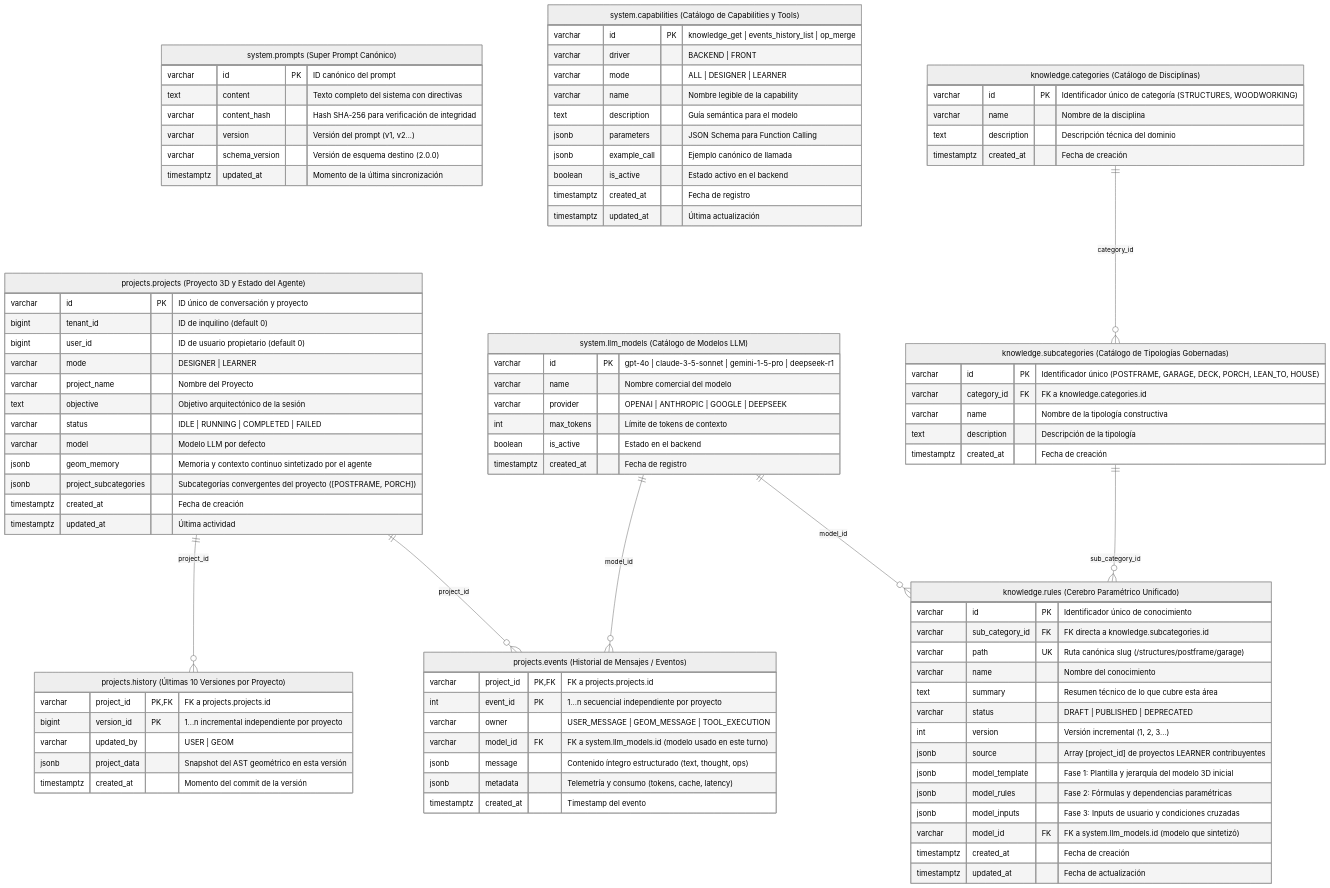
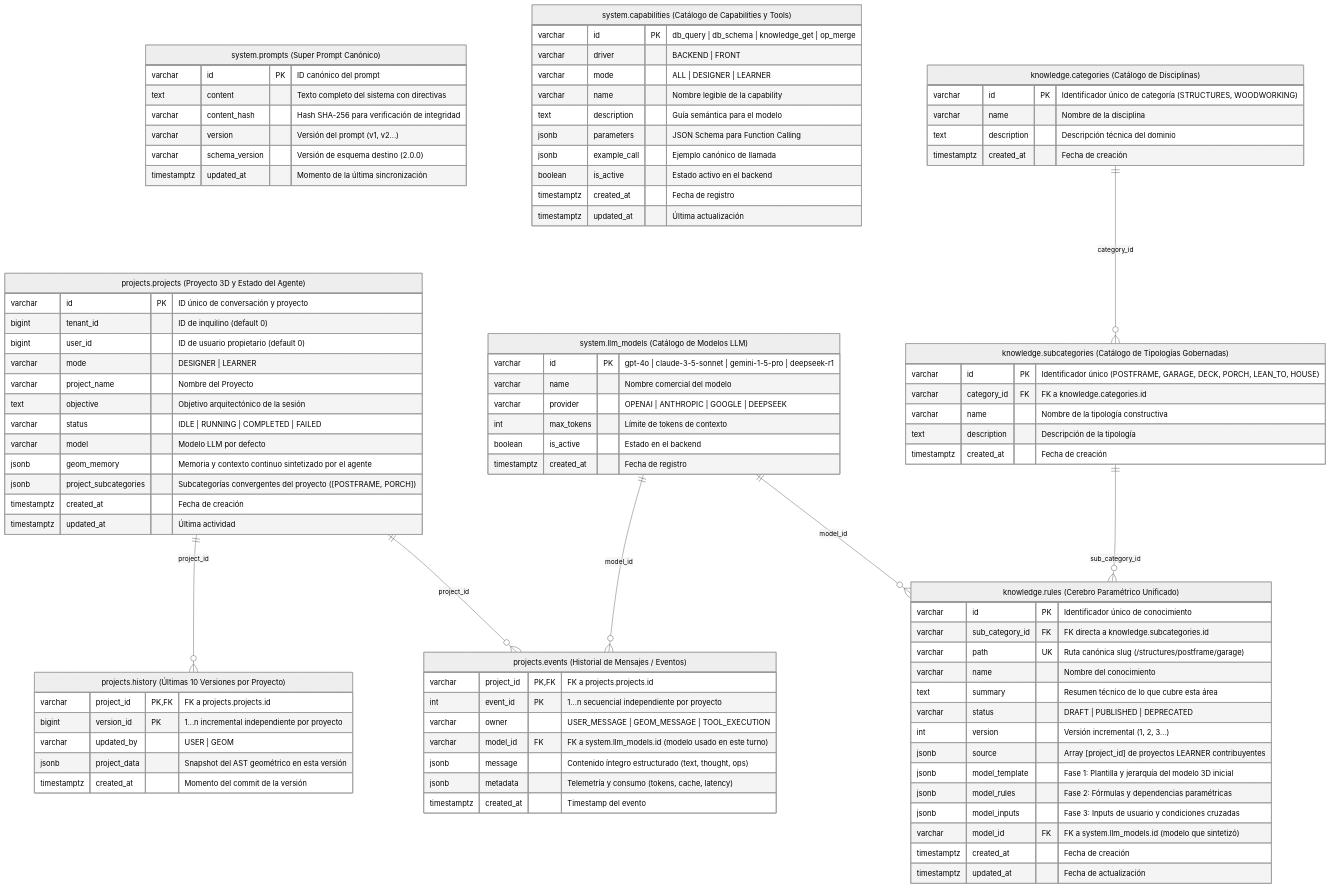
The diagram in diagrams/geom_copilot_db.mmd (reyss81/der-viewer), drawn with Mermaid (neutral theme) before and after one commit.

Commit message:
feat(capabilities): include db_query and db_schema in system.capabilities DER

```diff
--- a/diagrams/geom_copilot_db.mmd
+++ b/diagrams/geom_copilot_db.mmd
@@ -1,103 +1,103 @@
 erDiagram
     projects_projects["projects.projects (Proyecto 3D y Estado del Agente)"] {
         varchar id PK "ID único de conversación y proyecto"
         bigint tenant_id "ID de inquilino (default 0)"
         bigint user_id "ID de usuario propietario (default 0)"
         varchar mode "DESIGNER | LEARNER"
         varchar project_name "Nombre del Proyecto"
         text objective "Objetivo arquitectónico de la sesión"
         varchar status "IDLE | RUNNING | COMPLETED | FAILED"
         varchar model "Modelo LLM por defecto"
         jsonb geom_memory "Memoria y contexto continuo sintetizado por el agente"
         jsonb project_subcategories "Subcategorías convergentes del proyecto ([POSTFRAME, PORCH])"
         timestamptz created_at "Fecha de creación"
         timestamptz updated_at "Última actividad"
     }
 
     projects_history["projects.history (Últimas 10 Versiones por Proyecto)"] {
         varchar project_id PK,FK "FK a projects.projects.id"
         bigint version_id PK "1...n incremental independiente por proyecto"
         varchar updated_by "USER | GEOM"
         jsonb project_data "Snapshot del AST geométrico en esta versión"
         timestamptz created_at "Momento del commit de la versión"
     }
 
     projects_events["projects.events (Historial de Mensajes / Eventos)"] {
         varchar project_id PK,FK "FK a projects.projects.id"
         int event_id PK "1...n secuencial independiente por proyecto"
         varchar owner "USER_MESSAGE | GEOM_MESSAGE | TOOL_EXECUTION"
         varchar model_id FK "FK a system.llm_models.id (modelo usado en este turno)"
         jsonb message "Contenido íntegro estructurado (text, thought, ops)"
         jsonb metadata "Telemetría y consumo (tokens, cache, latency)"
         timestamptz created_at "Timestamp del evento"
     }
 
     system_llm_models["system.llm_models (Catálogo de Modelos LLM)"] {
         varchar id PK "gpt-4o | claude-3-5-sonnet | gemini-1-5-pro | deepseek-r1"
         varchar name "Nombre comercial del modelo"
         varchar provider "OPENAI | ANTHROPIC | GOOGLE | DEEPSEEK"
         int max_tokens "Límite de tokens de contexto"
         boolean is_active "Estado en el backend"
         timestamptz created_at "Fecha de registro"
     }
 
     system_prompts["system.prompts (Super Prompt Canónico)"] {
         varchar id PK "ID canónico del prompt"
         text content "Texto completo del sistema con directivas"
         varchar content_hash "Hash SHA-256 para verificación de integridad"
         varchar version "Versión del prompt (v1, v2...)"
         varchar schema_version "Versión de esquema destino (2.0.0)"
         timestamptz updated_at "Momento de la última sincronización"
     }
 
     system_capabilities["system.capabilities (Catálogo de Capabilities y Tools)"] {
-        varchar id PK "knowledge_get | events_history_list | op_merge"
+        varchar id PK "db_query | db_schema | knowledge_get | op_merge"
         varchar driver "BACKEND | FRONT"
         varchar mode "ALL | DESIGNER | LEARNER"
         varchar name "Nombre legible de la capability"
         text description "Guía semántica para el modelo"
         jsonb parameters "JSON Schema para Function Calling"
         jsonb example_call "Ejemplo canónico de llamada"
         boolean is_active "Estado activo en el backend"
         timestamptz created_at "Fecha de registro"
         timestamptz updated_at "Última actualización"
     }
 
     knowledge_categories["knowledge.categories (Catálogo de Disciplinas)"] {
         varchar id PK "Identificador único de categoría (STRUCTURES, WOODWORKING)"
         varchar name "Nombre de la disciplina"
         text description "Descripción técnica del dominio"
         timestamptz created_at "Fecha de creación"
     }
 
     knowledge_subcategories["knowledge.subcategories (Catálogo de Tipologías Gobernadas)"] {
         varchar id PK "Identificador único (POSTFRAME, GARAGE, DECK, PORCH, LEAN_TO, HOUSE)"
         varchar category_id FK "FK a knowledge.categories.id"
         varchar name "Nombre de la tipología constructiva"
         text description "Descripción de la tipología"
         timestamptz created_at "Fecha de creación"
     }
 
     knowledge_rules["knowledge.rules (Cerebro Paramétrico Unificado)"] {
         varchar id PK "Identificador único de conocimiento"
         varchar sub_category_id FK "FK directa a knowledge.subcategories.id"
         varchar path UK "Ruta canónica slug (/structures/postframe/garage)"
         varchar name "Nombre del conocimiento"
         text summary "Resumen técnico de lo que cubre esta área"
         varchar status "DRAFT | PUBLISHED | DEPRECATED"
         int version "Versión incremental (1, 2, 3...)"
         jsonb source "Array [project_id] de proyectos LEARNER contribuyentes"
         jsonb model_template "Fase 1: Plantilla y jerarquía del modelo 3D inicial"
         jsonb model_rules "Fase 2: Fórmulas y dependencias paramétricas"
         jsonb model_inputs "Fase 3: Inputs de usuario y condiciones cruzadas"
         varchar model_id FK "FK a system.llm_models.id (modelo que sintetizó)"
         timestamptz created_at "Fecha de creación"
         timestamptz updated_at "Fecha de actualización"
     }
 
     projects_projects ||--o{ projects_history : "project_id"
     projects_projects ||--o{ projects_events : "project_id"
     system_llm_models ||--o{ projects_events : "model_id"
     system_llm_models ||--o{ knowledge_rules : "model_id"
     knowledge_categories ||--o{ knowledge_subcategories : "category_id"
     knowledge_subcategories ||--o{ knowledge_rules : "sub_category_id"
```
